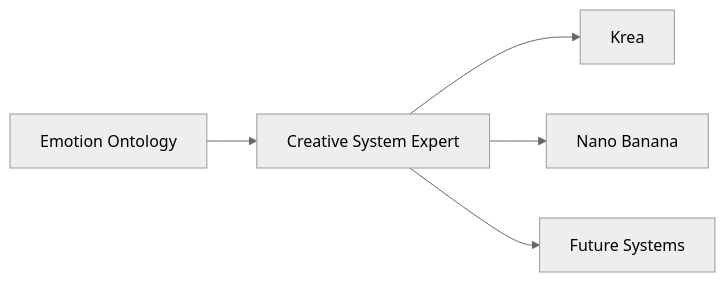
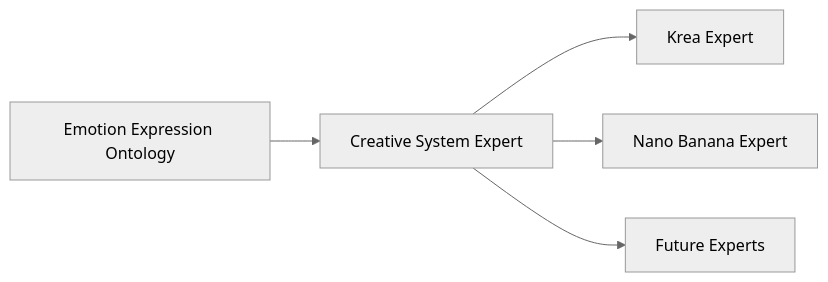
Before and after one commit to zuanfilm/Krea2-Prompt-Director: the third of 3 diagrams in docs/adr/emotion.md, drawn with Mermaid (neutral theme). The commit also changed other lines of this file, not shown here.

First line of the commit message:
docs(ontology): refine Emotion Expression Ontology specification

````diff
--- a/docs/adr/emotion.md
+++ b/docs/adr/emotion.md
@@ -338,19 +246,19 @@
 ```mermaid
 flowchart LR
 
-    Ontology["Emotion Ontology"]
+    Ontology["Emotion Expression Ontology"]
 
     Expert["Creative System Expert"]
 
-    Krea["Krea"]
+    Krea["Krea Expert"]
 
-    Nano["Nano Banana"]
+    Nano["Nano Banana Expert"]
 
-    Future["Future Systems"]
+    Future["Future Experts"]
 
     Ontology --> Expert
 
     Expert --> Krea
     Expert --> Nano
     Expert --> Future
 ```
````
